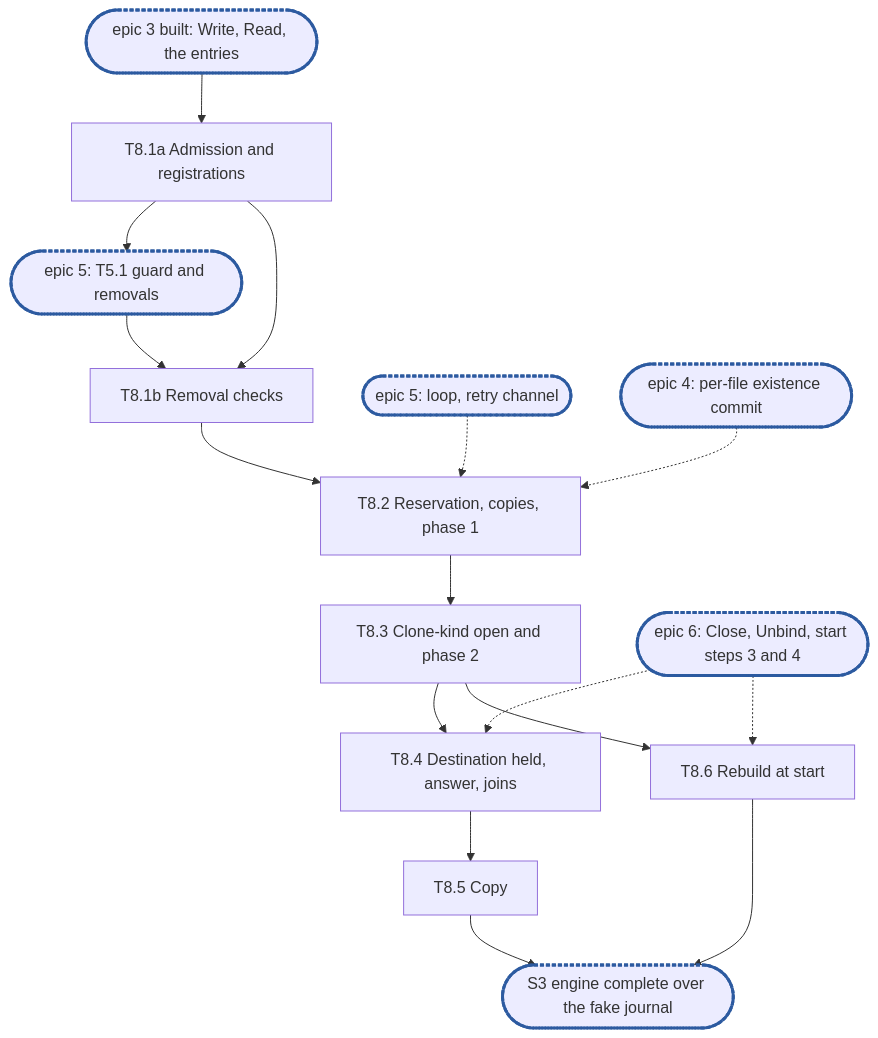
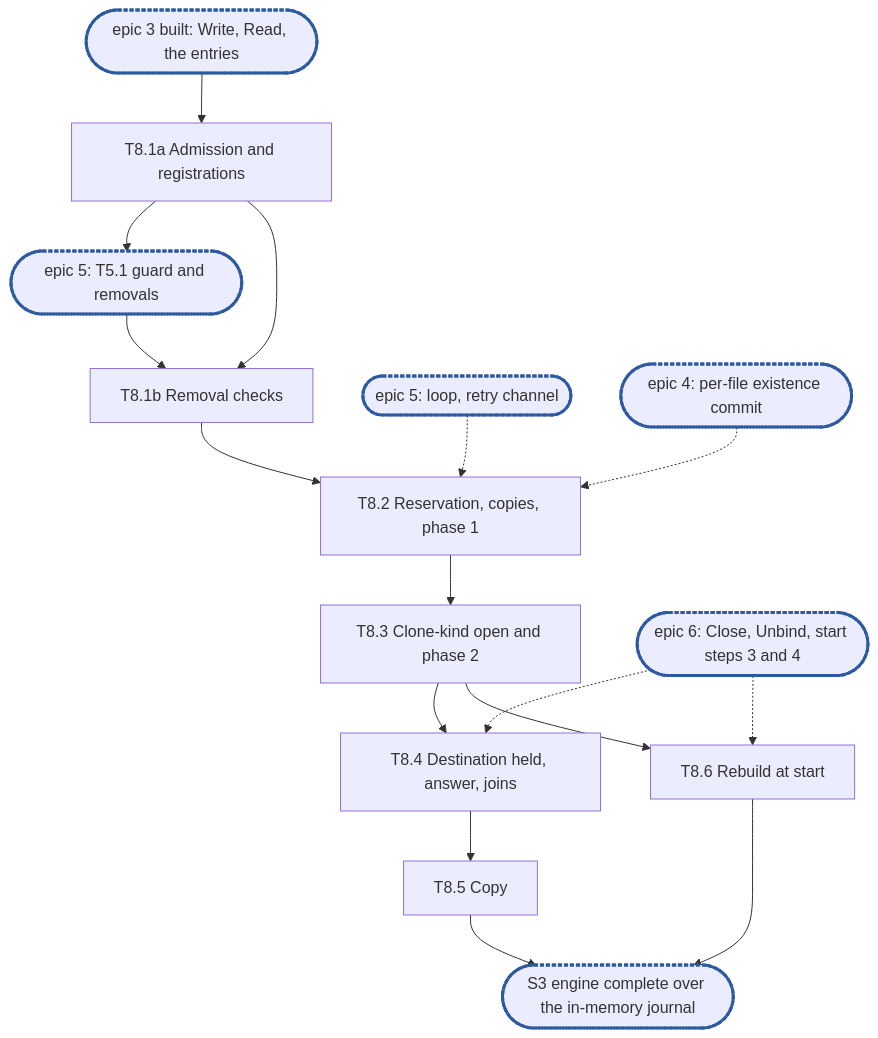
One commit to cubbit/dittofs changed the diagram in docs/internals/planning/rfc-8-engine-epic8.md. Above: the diagram before and after it, drawn with Mermaid. The commit also changed other lines of this file and 8 other files, not shown here.

Commit message:
docs(planning): name the in-memory journal and the journal rows it is held to

````diff
--- a/docs/internals/planning/rfc-8-engine-epic8.md
+++ b/docs/internals/planning/rfc-8-engine-epic8.md
@@ -689,17 +686,17 @@
 ```mermaid
 flowchart TD
   epic3(["epic 3 built: Write, Read, the entries"]):::sync --> T8_1a["T8.1a Admission and registrations"]
   T8_1a --> T5_1(["epic 5: T5.1 guard and removals"]):::sync
   T5_1 --> T8_1b["T8.1b Removal checks"]
   T8_1a --> T8_1b
   epic5(["epic 5: loop, retry channel"]):::sync -.-> T8_2
   T8_1b --> T8_2["T8.2 Reservation, copies, phase 1"]
   epic4(["epic 4: per-file existence commit"]):::sync -.-> T8_2
   T8_2 --> T8_3["T8.3 Clone-kind open and phase 2"]
   T8_3 --> T8_4["T8.4 Destination held, answer, joins"]
   epic6(["epic 6: Close, Unbind, start steps 3 and 4"]):::sync -.-> T8_4 & T8_6
   T8_4 --> T8_5["T8.5 Copy"]
   T8_3 --> T8_6["T8.6 Rebuild at start"]
-  T8_5 & T8_6 --> S3(["S3 engine complete over the fake journal"]):::sync
+  T8_5 & T8_6 --> S3(["S3 engine complete over the in-memory journal"]):::sync
   classDef sync stroke:#2c5aa0,stroke-width:3px,stroke-dasharray:4 2
 ```
````
